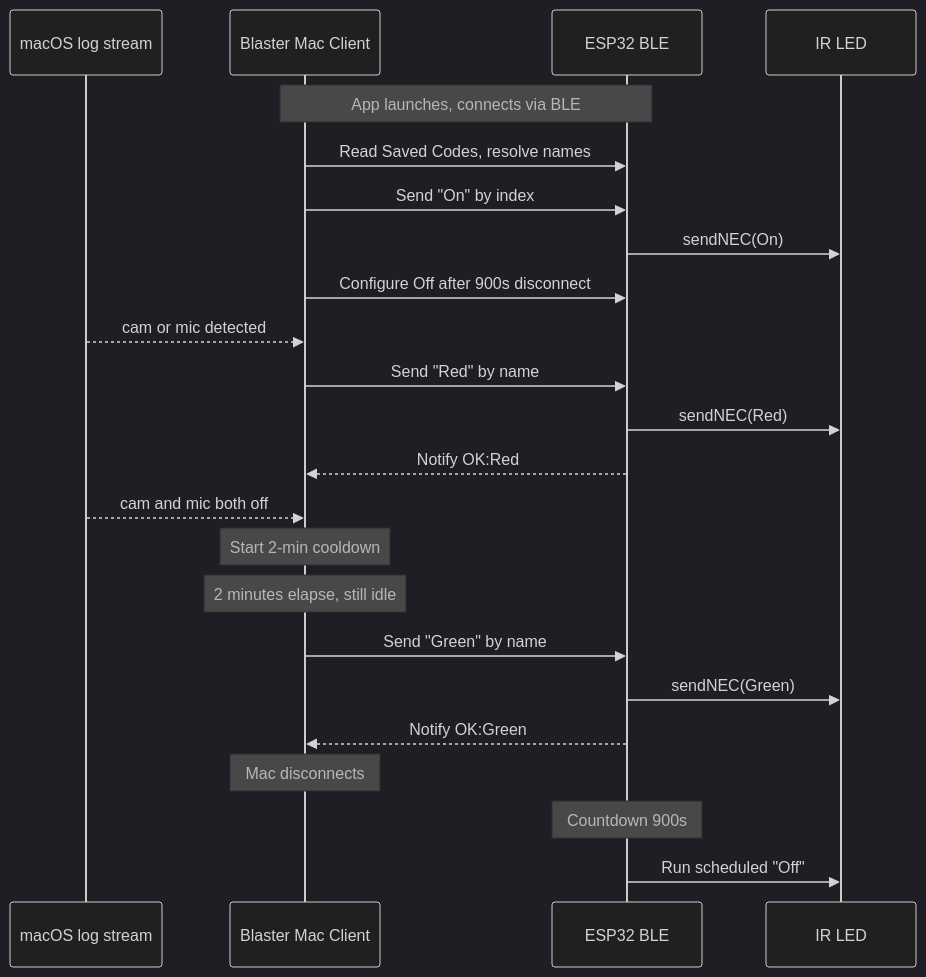
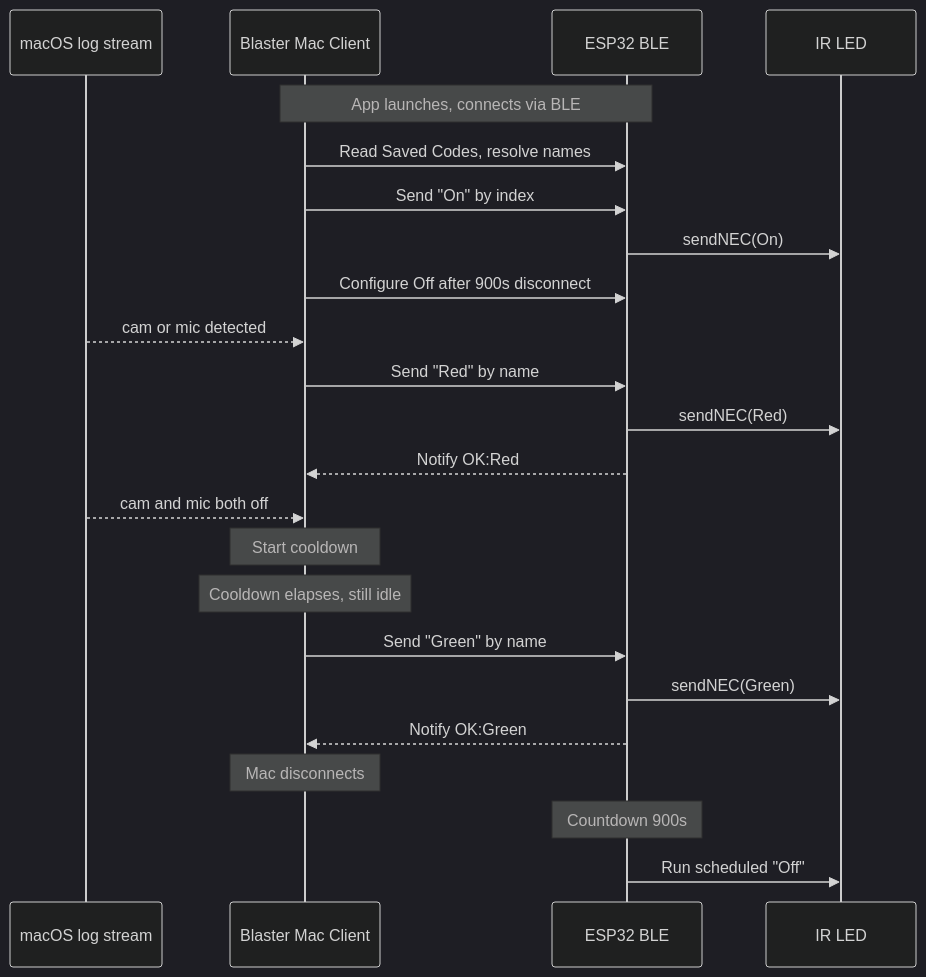
Before and after one commit to newmaniese/blaster-mac-client: the diagram in README.md, drawn with Mermaid (dark theme). The commit also changed other lines of this file and 6 other files, not shown here.

````diff
--- a/README.md
+++ b/README.md
@@ -11,30 +11,30 @@
 ```mermaid
 sequenceDiagram
     participant Log as macOS log stream
     participant App as Blaster Mac Client
     participant BLE as ESP32 BLE
     participant IR as IR LED
 
     Note over App,BLE: App launches, connects via BLE
     App->>BLE: Read Saved Codes, resolve names
     App->>BLE: Send "On" by index
     BLE->>IR: sendNEC(On)
     App->>BLE: Configure Off after 900s disconnect
 
     Log-->>App: cam or mic detected
     App->>BLE: Send "Red" by name
     BLE->>IR: sendNEC(Red)
     BLE-->>App: Notify OK:Red
 
     Log-->>App: cam and mic both off
-    Note over App: Start 2-min cooldown
+    Note over App: Start cooldown
 
-    Note over App: 2 minutes elapse, still idle
+    Note over App: Cooldown elapses, still idle
     App->>BLE: Send "Green" by name
     BLE->>IR: sendNEC(Green)
     BLE-->>App: Notify OK:Green
 
     Note over App: Mac disconnects
     Note over BLE: Countdown 900s
     BLE->>IR: Run scheduled "Off"
 ```
````
